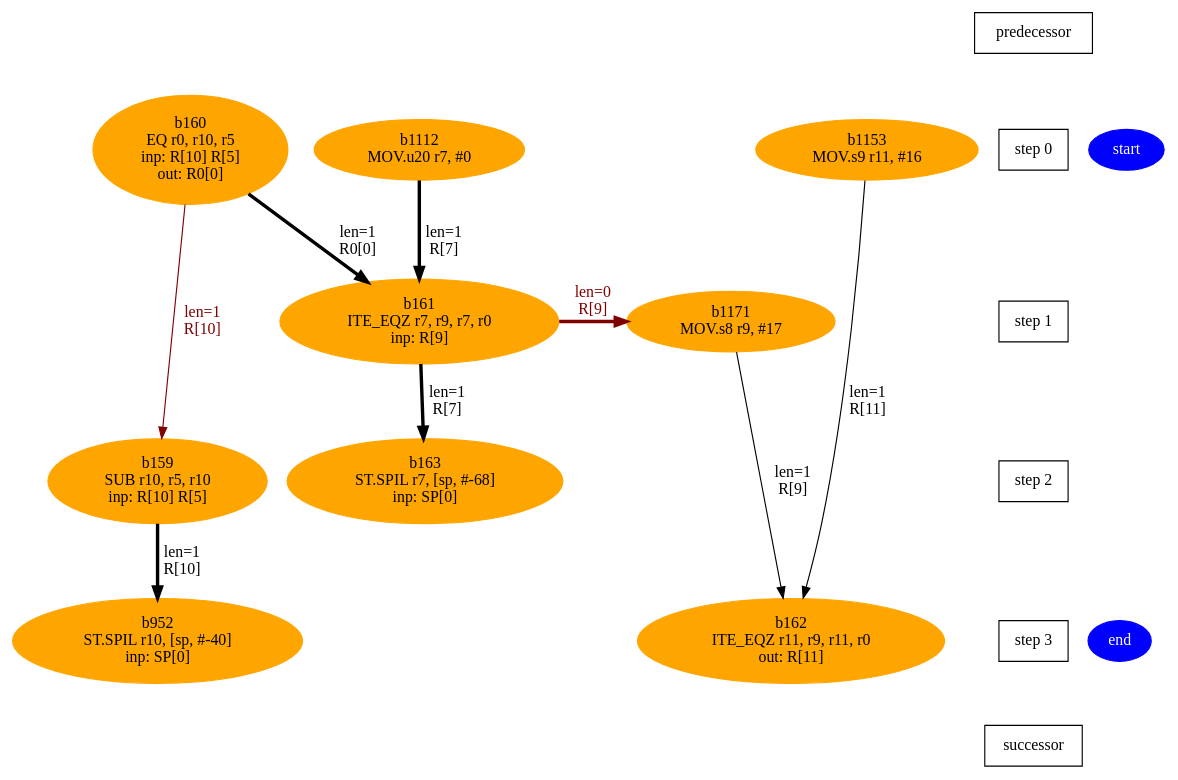
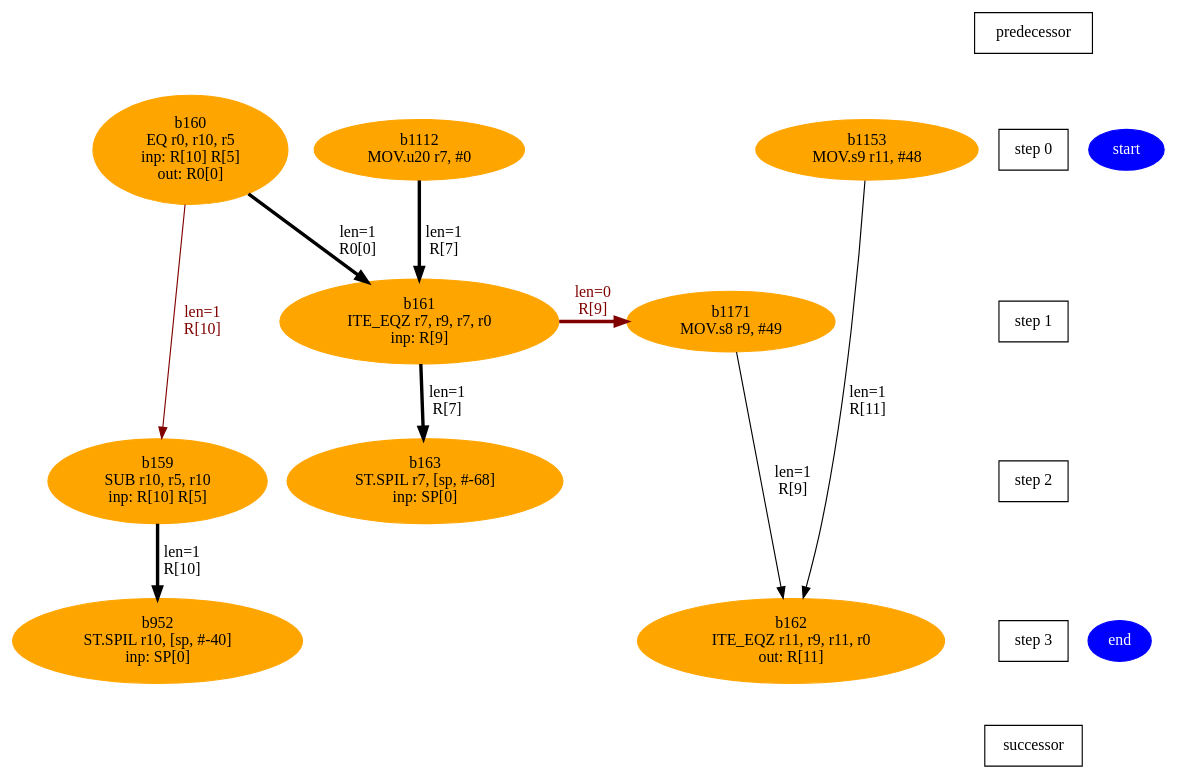
The diagram in TriBlock/Work/aie/1_0/Release/chesswork/1_0-main__s2_info/m115.dot (lxy-littlechai/SVD), drawn with Graphviz before and after one commit. The commit also changed 284 other files, not shown here.

```diff
--- a/TriBlock/Work/aie/1_0/Release/chesswork/1_0-main__s2_info/m115.dot
+++ b/TriBlock/Work/aie/1_0/Release/chesswork/1_0-main__s2_info/m115.dot
@@ -1,32 +1,32 @@
 digraph N {
  b159[color=orange,fontcolor=black,style=filled,label="b159\nSUB r10, r5, r10\ninp: R[10] R[5]"];  {rank=same; S2;  b159;}
  b160[color=orange,fontcolor=black,style=filled,label="b160\nEQ r0, r10, r5\ninp: R[10] R[5]\nout: R0[0]"];  {rank=same; S0;  b160;}
  b161[color=orange,fontcolor=black,style=filled,label="b161\nITE_EQZ r7, r9, r7, r0\ninp: R[9]"];  {rank=same; S1;  b161;}
  b162[color=orange,fontcolor=black,style=filled,label="b162\nITE_EQZ r11, r9, r11, r0\nout: R[11]"];  {rank=same; S3;  b162;}
  b163[color=orange,fontcolor=black,style=filled,label="b163\nST.SPIL r7, [sp, #-68]\ninp: SP[0]"];  {rank=same; S2;  b163;}
  b1112[color=orange,fontcolor=black,style=filled,label="b1112\nMOV.u20 r7, #0"];  {rank=same; S0;  b1112;}
- b1153[color=orange,fontcolor=black,style=filled,label="b1153\nMOV.s9 r11, #16"];  {rank=same; S0;  b1153;}
- b1171[color=orange,fontcolor=black,style=filled,label="b1171\nMOV.s8 r9, #17"];  {rank=same; S1;  b1171;}
+ b1153[color=orange,fontcolor=black,style=filled,label="b1153\nMOV.s9 r11, #48"];  {rank=same; S0;  b1153;}
+ b1171[color=orange,fontcolor=black,style=filled,label="b1171\nMOV.s8 r9, #49"];  {rank=same; S1;  b1171;}
  b952[color=orange,fontcolor=black,style=filled,label="b952\nST.SPIL r10, [sp, #-40]\ninp: SP[0]"];  {rank=same; S3;  b952;}
  start [color=blue,fontcolor=white,style=filled,label="start"];  {rank=same; S0;  start;}
  end [color=blue,fontcolor=white,style=filled,label="end"];  {rank=same; S3;  end;}
    b159 -> b952 [color=black,fontcolor=black,penwidth=3,label="len=1\nR[10]",weight=1000];
    b160 -> b159 [color=maroon,fontcolor=maroon,label="len=1\nR[10]",weight=1000];
    b160 -> b161 [color=black,fontcolor=black,penwidth=3,label="len=1\nR0[0]",weight=1000];
    b161 -> b1171 [color=maroon,fontcolor=maroon,penwidth=3,label="len=0\nR[9]",weight=1000];
    b161 -> b163 [color=black,fontcolor=black,penwidth=3,label="len=1\nR[7]",weight=1000];
    b1112 -> b161 [color=black,fontcolor=black,penwidth=3,label="len=1\nR[7]",weight=1000];
    b1153 -> b162 [color=black,fontcolor=black,label="len=1\nR[11]",weight=1000];
    b1171 -> b162 [color=black,fontcolor=black,label="len=1\nR[9]",weight=1000];
   Sm1 [label="predecessor",shape=box];
   S0 [label="step 0",shape=box];
   Sm1 -> S0[style=invis,weight=9000];
   S1 [label="step 1",shape=box];
   S0 -> S1[style=invis,weight=9000];
   S2 [label="step 2",shape=box];
   S1 -> S2[style=invis,weight=9000];
   S3 [label="step 3",shape=box];
   S2 -> S3[style=invis,weight=9000];
   S4 [label="successor",shape=box];
   S3 -> S4[style=invis,weight=9000];
 }
```
